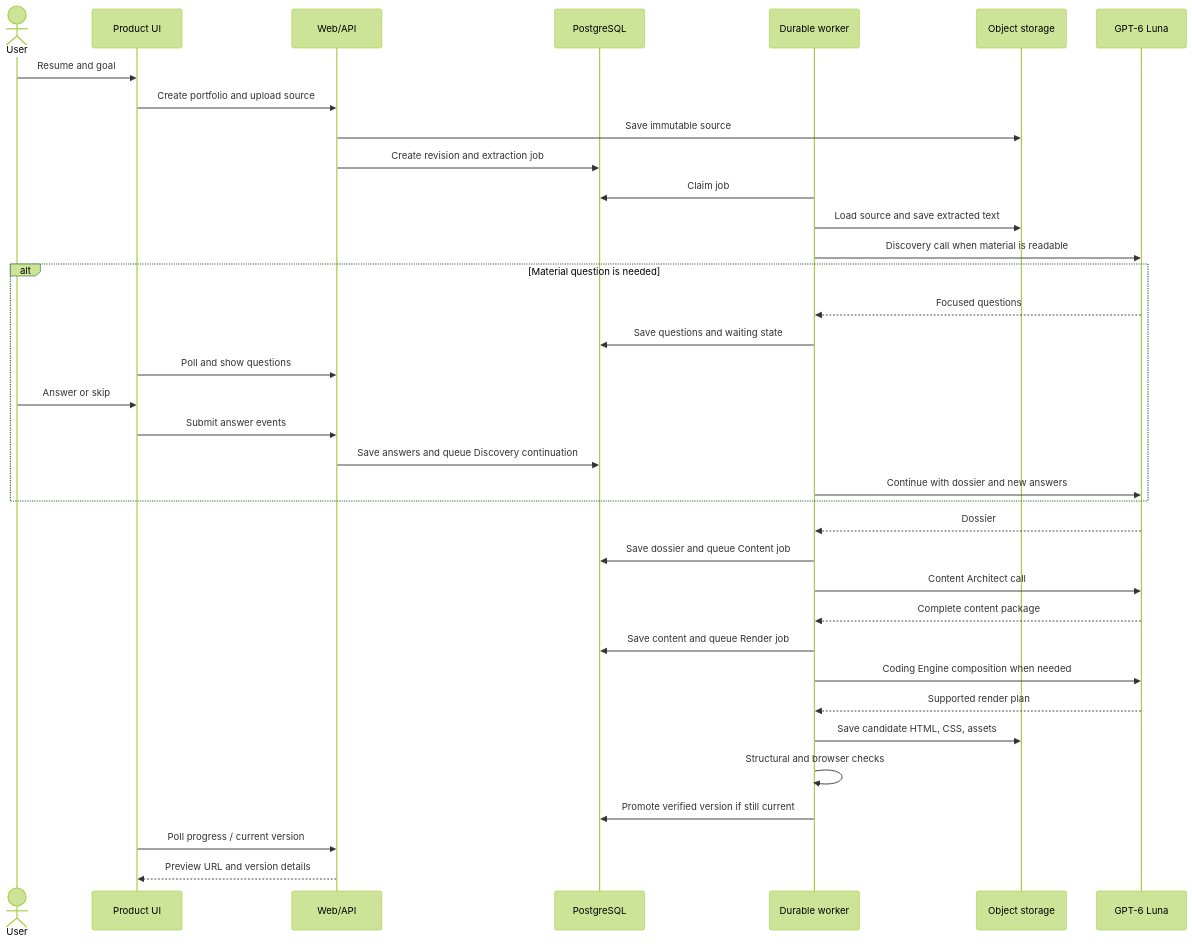
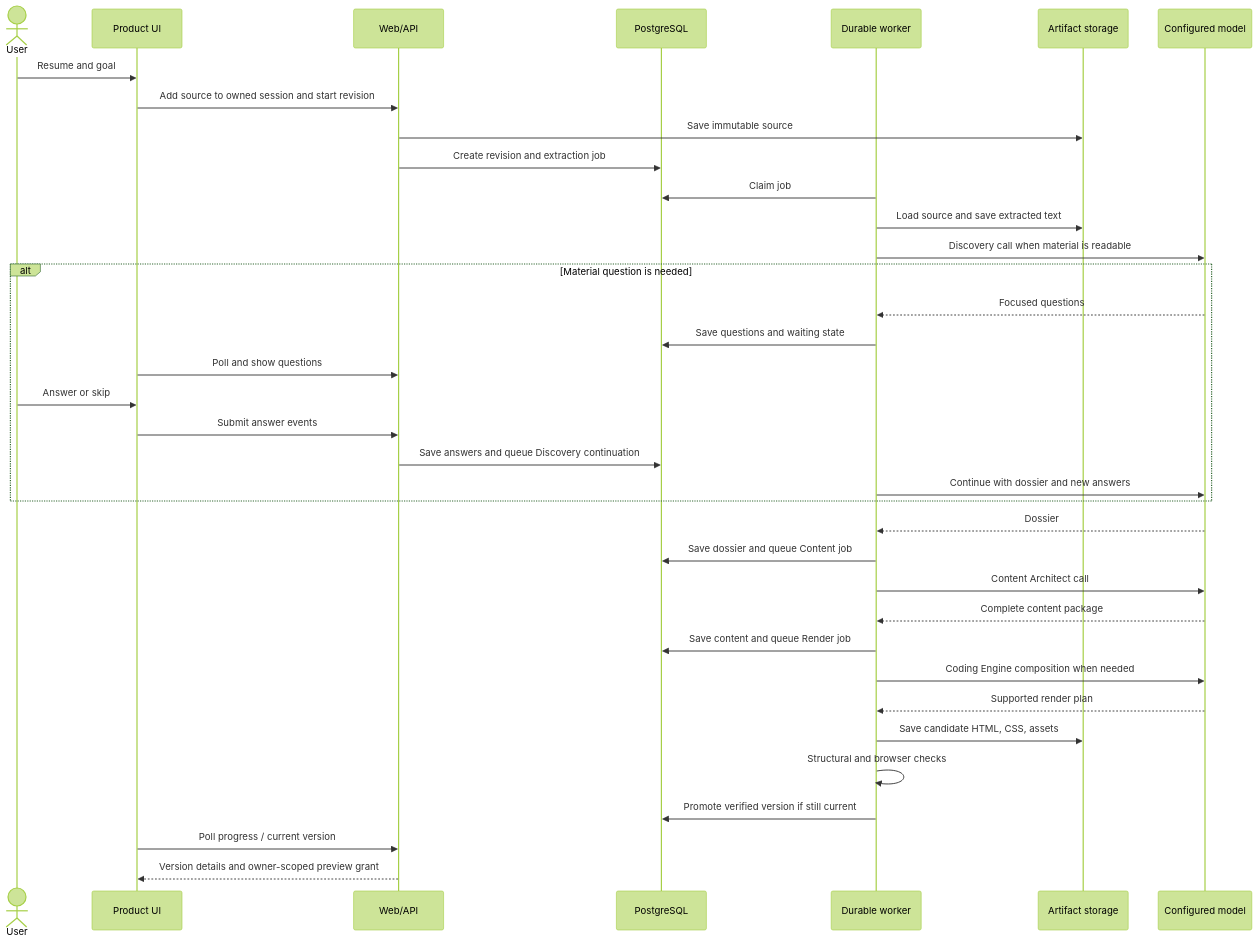
Before and after one commit to yashsrivastava0/OryxenAI: the diagram in docs/architecture/12-generation-preview-revisions-and-operations.md, drawn with Mermaid (forest theme). The commit also changed other lines of this file and 6 other files, not shown here.

Commit message:
docs(architecture): refine portfolio research and agent contracts

````diff
--- a/docs/architecture/12-generation-preview-revisions-and-operations.md
+++ b/docs/architecture/12-generation-preview-revisions-and-operations.md
@@ -7,38 +7,38 @@
 ```mermaid
 sequenceDiagram
     actor User
     participant UI as Product UI
     participant API as Web/API
     participant DB as PostgreSQL
     participant Worker as Durable worker
-    participant Store as Object storage
-    participant AI as GPT-6 Luna
+    participant Store as Artifact storage
+    participant AI as Configured model
     User->>UI: Resume and goal
-    UI->>API: Create portfolio and upload source
+    UI->>API: Add source to owned session and start revision
     API->>Store: Save immutable source
     API->>DB: Create revision and extraction job
     Worker->>DB: Claim job
     Worker->>Store: Load source and save extracted text
     Worker->>AI: Discovery call when material is readable
     alt Material question is needed
         AI-->>Worker: Focused questions
         Worker->>DB: Save questions and waiting state
         UI->>API: Poll and show questions
         User->>UI: Answer or skip
         UI->>API: Submit answer events
         API->>DB: Save answers and queue Discovery continuation
         Worker->>AI: Continue with dossier and new answers
     end
     AI-->>Worker: Dossier
     Worker->>DB: Save dossier and queue Content job
     Worker->>AI: Content Architect call
     AI-->>Worker: Complete content package
     Worker->>DB: Save content and queue Render job
     Worker->>AI: Coding Engine composition when needed
     AI-->>Worker: Supported render plan
     Worker->>Store: Save candidate HTML, CSS, assets
     Worker->>Worker: Structural and browser checks
     Worker->>DB: Promote verified version if still current
     UI->>API: Poll progress / current version
-    API-->>UI: Preview URL and version details
+    API-->>UI: Version details and owner-scoped preview grant
 ```
````
